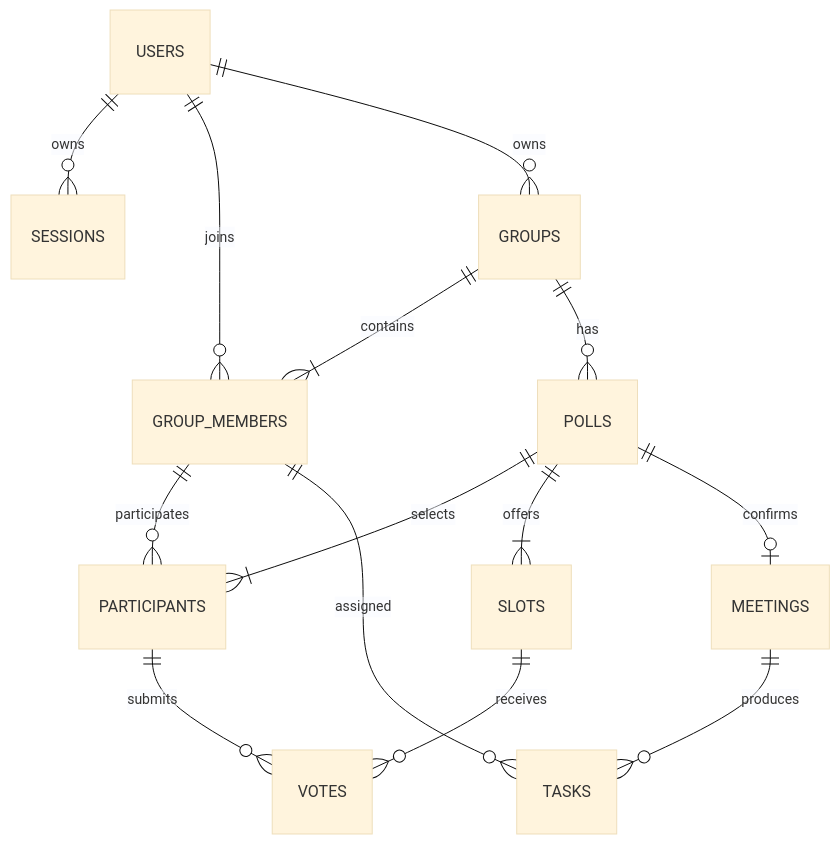
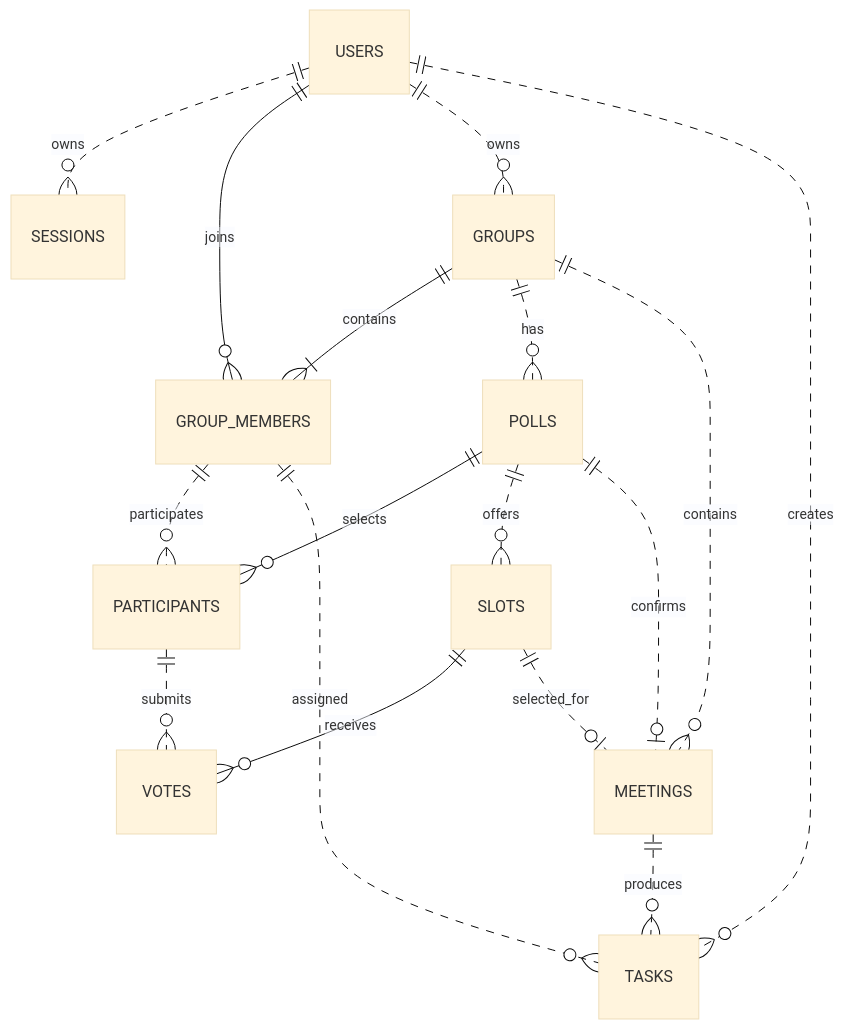
The third of 5 diagrams in Docs/12-系统设计文档.md (voyavivirel4916/MeetFlow), drawn with Mermaid (base theme) before and after one commit. The commit also changed other lines of this file and 39 other files, not shown here.

Commit message:
docs: complete T03 diagrams and prototype design audit

````diff
--- a/Docs/12-系统设计文档.md
+++ b/Docs/12-系统设计文档.md
@@ -95,16 +97,19 @@
 ```mermaid
 erDiagram
-    USERS ||--o{ SESSIONS : owns
+    USERS ||..o{ SESSIONS : owns
     USERS ||--o{ GROUP_MEMBERS : joins
     GROUPS ||--|{ GROUP_MEMBERS : contains
-    USERS ||--o{ GROUPS : owns
-    GROUPS ||--o{ POLLS : has
-    POLLS ||--|{ PARTICIPANTS : selects
-    GROUP_MEMBERS ||--o{ PARTICIPANTS : participates
-    POLLS ||--|{ SLOTS : offers
-    PARTICIPANTS ||--o{ VOTES : submits
+    USERS ||..o{ GROUPS : owns
+    GROUPS ||..o{ POLLS : has
+    POLLS ||--o{ PARTICIPANTS : selects
+    GROUP_MEMBERS ||..o{ PARTICIPANTS : participates
+    POLLS ||..o{ SLOTS : offers
+    PARTICIPANTS ||..o{ VOTES : submits
     SLOTS ||--o{ VOTES : receives
-    POLLS ||--o| MEETINGS : confirms
-    MEETINGS ||--o{ TASKS : produces
-    GROUP_MEMBERS ||--o{ TASKS : assigned
+    POLLS ||..o| MEETINGS : confirms
+    SLOTS ||..o| MEETINGS : selected_for
+    GROUPS ||..o{ MEETINGS : contains
+    MEETINGS ||..o{ TASKS : produces
+    GROUP_MEMBERS ||..o{ TASKS : assigned
+    USERS ||..o{ TASKS : creates
 ```
````
